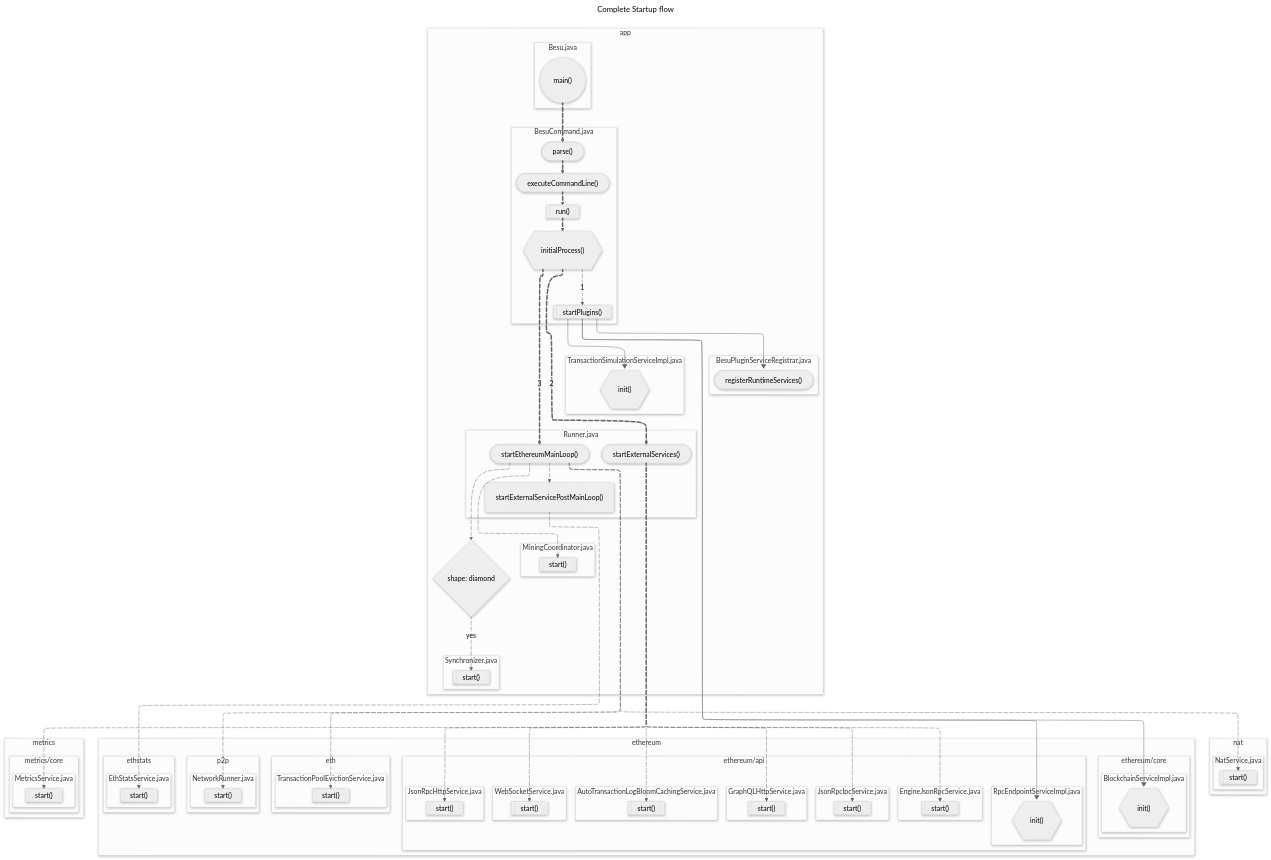
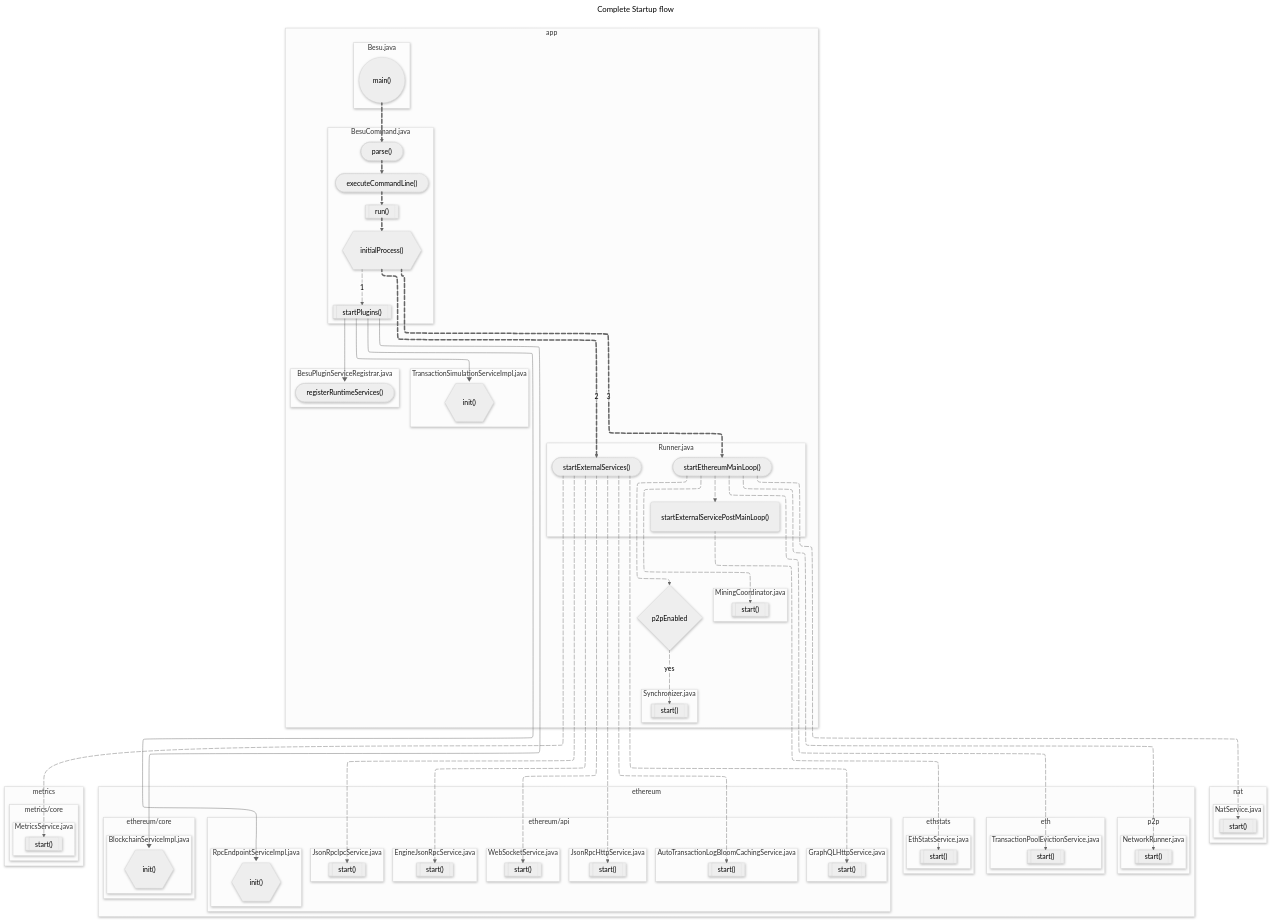
The diagram in diagrams/startup/BESU-STARTUP-000-birdview.mmd (mimanshumaheshwari-zeeve/besu-flow-documentation), drawn with Mermaid before and after one commit.

Commit message:
Update:renderer config and mermaid test

```diff
--- a/diagrams/startup/BESU-STARTUP-000-birdview.mmd
+++ b/diagrams/startup/BESU-STARTUP-000-birdview.mmd
@@ -1,180 +1,182 @@
 ---
 title: "Complete Startup flow"
 config:
+  htmlLabels: false
+
   layout: elk
-  htmlLabels: false
   theme: neutral
   look: neo
+
   elk:
-    mergeEdges: true
+    mergeEdges: false
     nodePlacementStrategy: LINEAR_SEGMENTS
     nodePlacementAlignment: BALANCED
     keepEntryNodeOnTop: true
+
   flowchart:
-    defaultRenderer : elk
     wrappingWidth: 350
     padding: 25
     inheritDir: false
     nodeSpacing: 20
     rankSpacing: 40
 ---
 flowchart 
 
   %% nat module %%
   subgraph "nat"
     subgraph "NatService.java"
       nat_start[["`start()`"]]
     end
   end
 
   %% ethereum module %%
   subgraph ethereum 
     subgraph "ethereum/api"
       direction TD
       subgraph "RpcEndpointServiceImpl.java"
         rpcEndpointServiceImpl_init{{"`init()`"}}
       end
       subgraph "JsonRpcHttpService.java"
         ethereum_api_json_rpc_http_service_start[["`start()`"]]
       end
       subgraph "EngineJsonRpcService.java"
         ethereum_api_engine_api_service_start[["`start()`"]]
       end
       subgraph "GraphQLHttpService.java"
         ethereum_api_grpahql_http_service_start[["`start()`"]]
       end
       subgraph "WebSocketService.java"
         ethereum_api_websocket_service_start[["`start()`"]]
       end
       subgraph "JsonRpcIpcService.java"
         ethereum_api_json_rpc_ipc_service_start[["`start()`"]]
       end
       subgraph "AutoTransactionLogBloomCachingService.java"
         autotransactionlogbloomcachingservice_start[["`start()`"]]
       end
     end
     subgraph "ethereum/core"
       subgraph "BlockchainServiceImpl.java"
         blockchain_service_impl_init{{"`init()`"}}
       end
     end
     %% p2p module %%
     subgraph p2p 
       subgraph "NetworkRunner.java"
         networkrunner_start[["`start()`"]]
       end
     end
     subgraph "eth"
       subgraph "TransactionPoolEvictionService.java"
         transactionPoolEvictionService_start[["`start()`"]]
       end
     end
     subgraph "ethstats"
       subgraph "EthStatsService.java"
         ethstatsservece_start[["`start()`"]]
       end
     end
   end
 
   subgraph "metrics"
     direction LR
     subgraph "metrics/core"
       subgraph "MetricsService.java"
         metrics_service_start[["`start()`"]]
       end
     end
   end
 
   %% app module %%
   subgraph "app"
     subgraph BesuPluginServiceRegistrar.java 
       registerRuntimeServices(["`registerRuntimeServices()`"])
     end
 
     subgraph "TransactionSimulationServiceImpl.java"
       TransactionSimulationServiceImpl_init{{"`init()`"}}
     end
 
     subgraph "Besu.java"
       main(("`main()`"))
     end
 
     subgraph "Runner.java"
       startEthereumMainLoop(["`startEthereumMainLoop()`"])
       startExternalServicePostMainLoop("`startExternalServicePostMainLoop()`")
       startExternalServices(["`startExternalServices()`"])
       startEthereumMainLoop e6@--> startExternalServicePostMainLoop
     end
 
     subgraph "MiningCoordinator.java"
       mining_coordinator_start[["`start()`"]]
     end
 
     subgraph "Synchronizer.java"
       synchronizer_start[["`start()`"]]
     end
 
     subgraph BesuCommand.java 
       initialProcess{{"`initialProcess()`"}}
       parse(["`parse()`"])
       executeCommandLine(["`executeCommandLine()`"])
       run[["`run()`"]]
       startPlugins[["`startPlugins()`"]]
 
       parse e2@==> executeCommandLine
       executeCommandLine e3@==> run
       run e4@==> initialProcess
       initialProcess e11@-->|1| startPlugins
     end
 
     main e1@==> parse
     initialProcess e5@==>|3| startEthereumMainLoop
     initialProcess e14@==>|2| startExternalServices
     startEthereumMainLoop e9@--> nat_start
     startEthereumMainLoop e7@--> networkrunner_start
     startEthereumMainLoop e8@--> transactionPoolEvictionService_start
     startExternalServicePostMainLoop e10@--> ethstatsservece_start
     startEthereumMainLoop e12@--> mining_coordinator_start
-    startEthereumMainLoop e25@--> p2pEnabled{shape: diamond} e13@-->|yes| synchronizer_start
+    startEthereumMainLoop e25@--> p2pEnabled{p2pEnabled} e13@-->|yes| synchronizer_start
 
     startPlugins --> registerRuntimeServices
   end
 
   startExternalServices e15@--> metrics_service_start
   startExternalServices e16@--> ethereum_api_json_rpc_http_service_start
   startExternalServices e17@--> ethereum_api_engine_api_service_start
   startExternalServices e18@--> ethereum_api_grpahql_http_service_start
   startExternalServices e19@--> ethereum_api_websocket_service_start
   startExternalServices e20@--> ethereum_api_json_rpc_ipc_service_start
   startExternalServices e21@--> autotransactionlogbloomcachingservice_start
 
   startPlugins e23@--> TransactionSimulationServiceImpl_init
   startPlugins e24@ --> rpcEndpointServiceImpl_init
   startPlugins e22@--> blockchain_service_impl_init
 
 %% animate edges %%
 e1@{animate : true}
 e2@{animate : true}
 e3@{animate : true}
 e4@{animate : true}
 e5@{animate : true}
 e6@{animate : true}
 e7@{animate : true}
 e8@{animate : true}
 e9@{animate : true}
 e10@{animate : true}
 e11@{animate : true}
 e12@{animate : true}
 e13@{animate : true}
 e14@{animate : true}
 e15@{animate : true}
 e16@{animate : true}
 e17@{animate : true}
 e18@{animate : true}
 e19@{animate : true}
 e20@{animate : true}
 e21@{animate : true}
 e22@{animate : false}
 e23@{animate : false}
 e24@{animate : false}
 e25@{animate : true}
```
